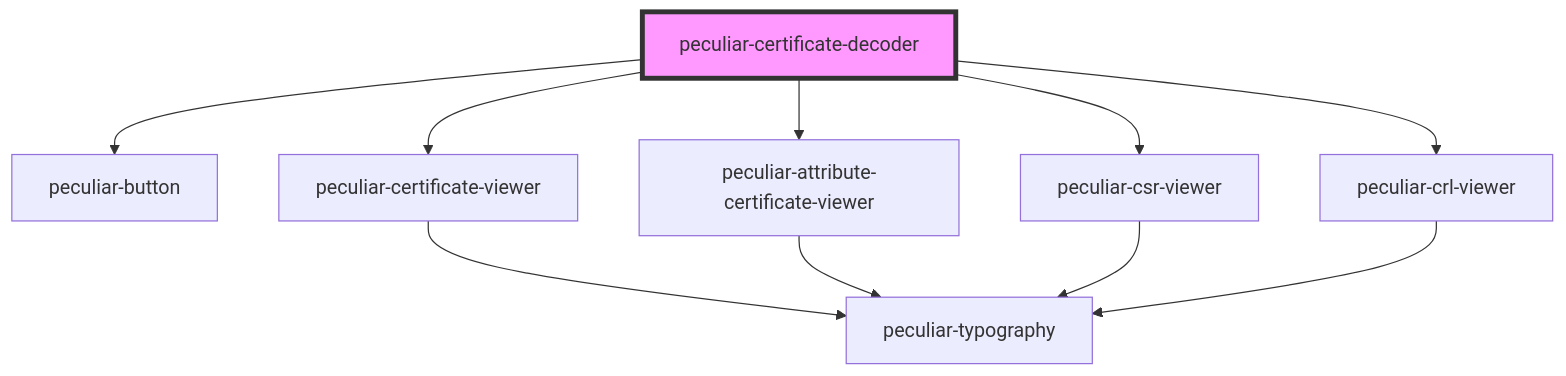
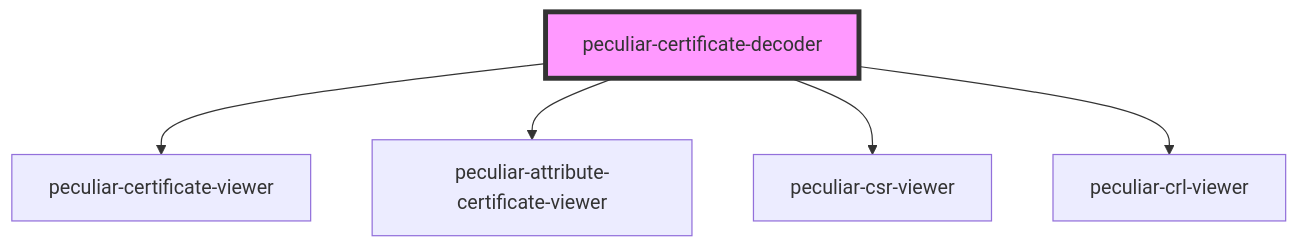
The diagram in packages/webcomponents/src/components/certificate-decoder/readme.md (PeculiarVentures/pv-certificates-viewer), drawn with Mermaid before and after one commit. The commit also changed other lines of this file and 100 other files, not shown here.

````diff
--- a/packages/webcomponents/src/components/certificate-decoder/readme.md
+++ b/packages/webcomponents/src/components/certificate-decoder/readme.md
@@ -35,13 +34,8 @@
 ```mermaid
 graph TD;
-  peculiar-certificate-decoder --> peculiar-button
   peculiar-certificate-decoder --> peculiar-certificate-viewer
   peculiar-certificate-decoder --> peculiar-attribute-certificate-viewer
   peculiar-certificate-decoder --> peculiar-csr-viewer
   peculiar-certificate-decoder --> peculiar-crl-viewer
-  peculiar-certificate-viewer --> peculiar-typography
-  peculiar-attribute-certificate-viewer --> peculiar-typography
-  peculiar-csr-viewer --> peculiar-typography
-  peculiar-crl-viewer --> peculiar-typography
   style peculiar-certificate-decoder fill:#f9f,stroke:#333,stroke-width:4px
 ```
````
